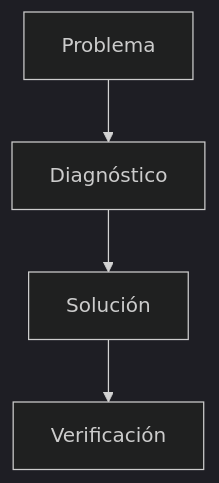
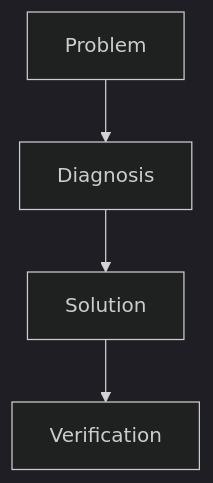
One commit to CompileRider/RustGuard changed the diagram in docs/05-Setup/Troubleshooting.md. Above: the diagram before and after it, drawn with Mermaid (dark theme). The commit also changed other lines of this file and 16 other files, not shown here.

````diff
--- a/docs/05-Setup/Troubleshooting.md
+++ b/docs/05-Setup/Troubleshooting.md
@@ -41,6 +45,6 @@
 ```mermaid
 graph TD
-    P[Problema] --> D[Diagnóstico]
-    D --> S[Solución]
-    S --> V[Verificación]
+    P[Problem] --> D[Diagnosis]
+    D --> S[Solution]
+    S --> V[Verification]
 ```
````
